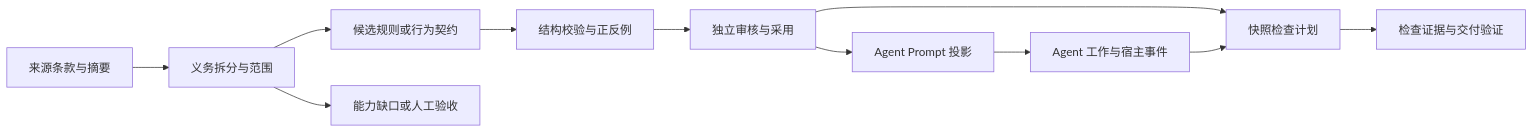
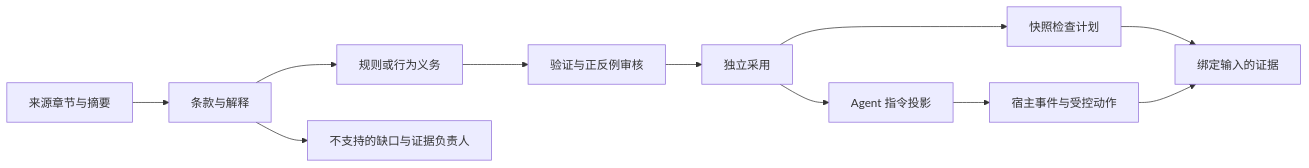
Before and after one commit to coolplayagent/qualitygate-cli: the first of 2 diagrams in docs/zh/03-architecture/07-rule-capabilities-and-agent-contracts.md, drawn with Mermaid. The commit also changed other lines of this file and 66 other files, not shown here.

````diff
--- a/docs/zh/03-architecture/07-rule-capabilities-and-agent-contracts.md
+++ b/docs/zh/03-architecture/07-rule-capabilities-and-agent-contracts.md
@@ -59,13 +27,13 @@
 ```mermaid
 flowchart LR
-    S[来源条款与摘要] --> O[义务拆分与范围]
-    O --> R[候选规则或行为契约]
-    O --> G[能力缺口或人工验收]
-    R --> V[结构校验与正反例]
-    V --> A[独立审核与采用]
-    A --> P[Agent Prompt 投影]
-    A --> C[快照检查计划]
-    P --> W[Agent 工作与宿主事件]
-    W --> C
-    C --> E[检查证据与交付验证]
+    S[来源章节与摘要] --> C[条款与解释]
+    C --> R[规则或行为义务]
+    C --> G[不支持的缺口与证据负责人]
+    R --> V[验证与正反例审核]
+    V --> A[独立采用]
+    A --> P[快照检查计划]
+    A --> I[Agent 指令投影]
+    I --> H[宿主事件与受控动作]
+    P --> E[绑定输入的证据]
+    H --> E
 ```
````
